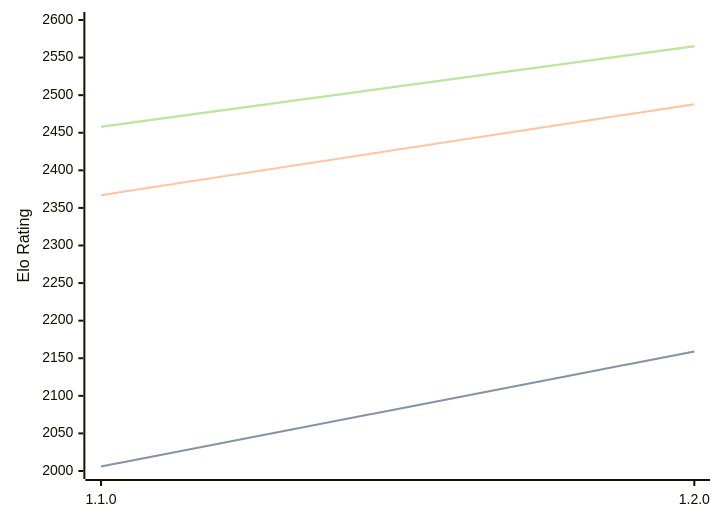
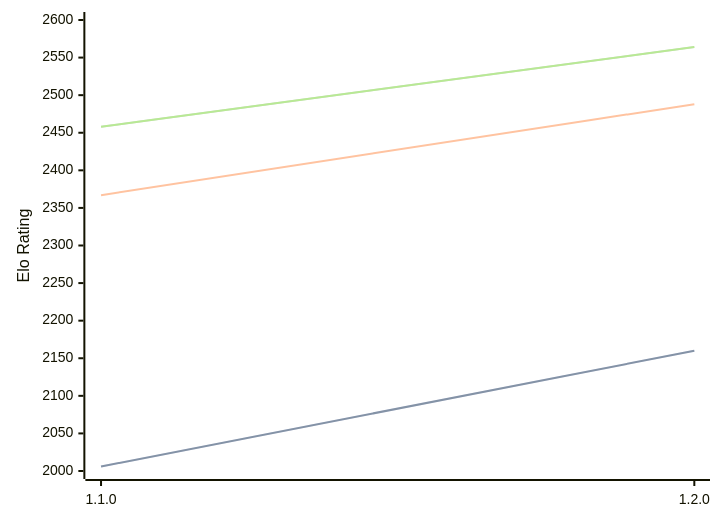
One commit to computer-chess-index/cci changed the diagram in engines/Gyatso.md. Above: the diagram before and after it, drawn with Mermaid. The commit also changed other lines of this file, not shown here.

Commit message:
Update CCI Ratings (ELO VLTC) - 2026-03-03

````diff
--- a/engines/Gyatso.md
+++ b/engines/Gyatso.md
@@ -31,11 +31,11 @@
 ```mermaid
 %%{init: {"theme":"base","themeVariables":{"seriesColors:['#a3a3a3','#222221','#faa371']}}}%%
 xychart-beta
   x-axis ["1.1.0", "1.2.0"]
   y-axis "Elo Rating" 2000 --> 2600
-  line "STC (8.0+0.08s)" [2006, 2159]
-  line "STC (8.0+0.08s)" [2006, 2159]
+  line "STC (8.0+0.08s)" [2006, 2160]
+  line "STC (8.0+0.08s)" [2006, 2160]
   line "LTC (60.0+0.60s)" [2367, 2488]
-  line "VLTC (2m24s+1.12s)" [2458, 2565]
-  line "VLTC (2m24s+1.12s)" [2458, 2565]
+  line "VLTC (2m24s+1.12s)" [2458, 2564]
+  line "VLTC (2m24s+1.12s)" [2458, 2564]
 ```
````
